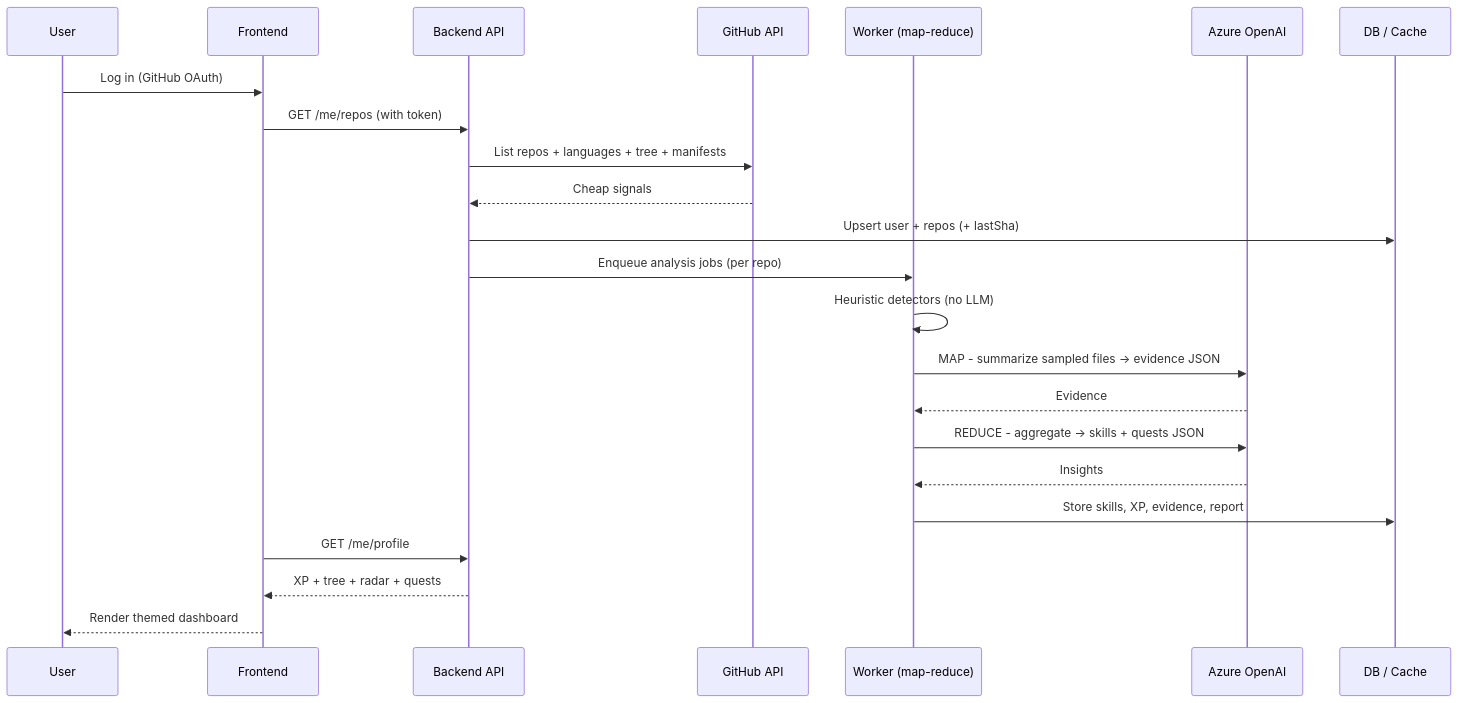
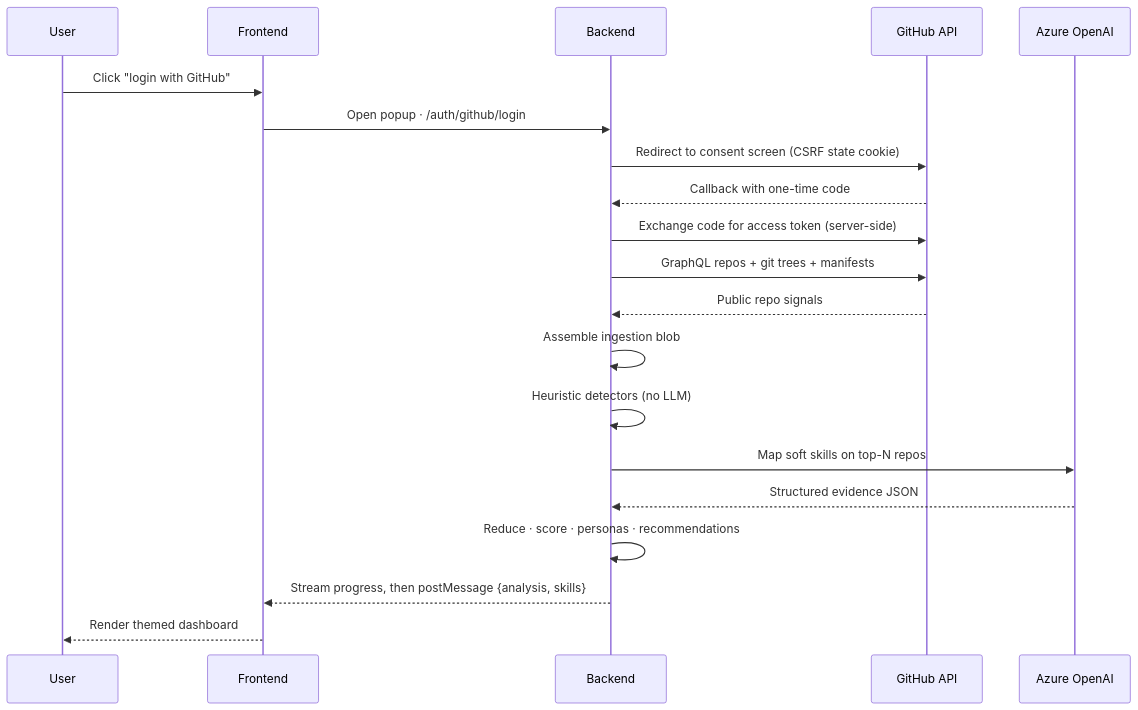
Before and after one commit to Kertis4/github-skilltree: the second of 4 diagrams in README.md, drawn with Mermaid. The commit also changed other lines of this file, not shown here.

````diff
--- a/README.md
+++ b/README.md
@@ -106,26 +83,23 @@
 ```mermaid
 sequenceDiagram
     participant U as User
     participant FE as Frontend
-    participant API as Backend API
+    participant API as Backend
     participant GH as GitHub API
-    participant W as Worker (map-reduce)
-    participant L as Azure OpenAI
-    participant DB as DB / Cache
+    participant AZ as Azure OpenAI
 
-    U->>FE: Log in (GitHub OAuth)
-    FE->>API: GET /me/repos (with token)
-    API->>GH: List repos + languages + tree + manifests
-    GH-->>API: Cheap signals
-    API->>DB: Upsert user + repos (+ lastSha)
-    API->>W: Enqueue analysis jobs (per repo)
-    W->>W: Heuristic detectors (no LLM)
-    W->>L: MAP - summarize sampled files -> evidence JSON
-    L-->>W: Evidence
-    W->>L: REDUCE - aggregate -> skills + quests JSON
-    L-->>W: Insights
-    W->>DB: Store skills, XP, evidence, report
-    FE->>API: GET /me/profile
-    API-->>FE: XP + tree + radar + quests
+    U->>FE: Click "login with GitHub"
+    FE->>API: Open popup · /auth/github/login
+    API->>GH: Redirect to consent screen (CSRF state cookie)
+    GH-->>API: Callback with one-time code
+    API->>GH: Exchange code for access token (server-side)
+    API->>GH: GraphQL repos + git trees + manifests
+    GH-->>API: Public repo signals
+    API->>API: Assemble ingestion blob
+    API->>API: Heuristic detectors (no LLM)
+    API->>AZ: Map soft skills on top-N repos
+    AZ-->>API: Structured evidence JSON
+    API->>API: Reduce · score · personas · recommendations
+    API-->>FE: Stream progress, then postMessage {analysis, skills}
     FE-->>U: Render themed dashboard
 ```
````
